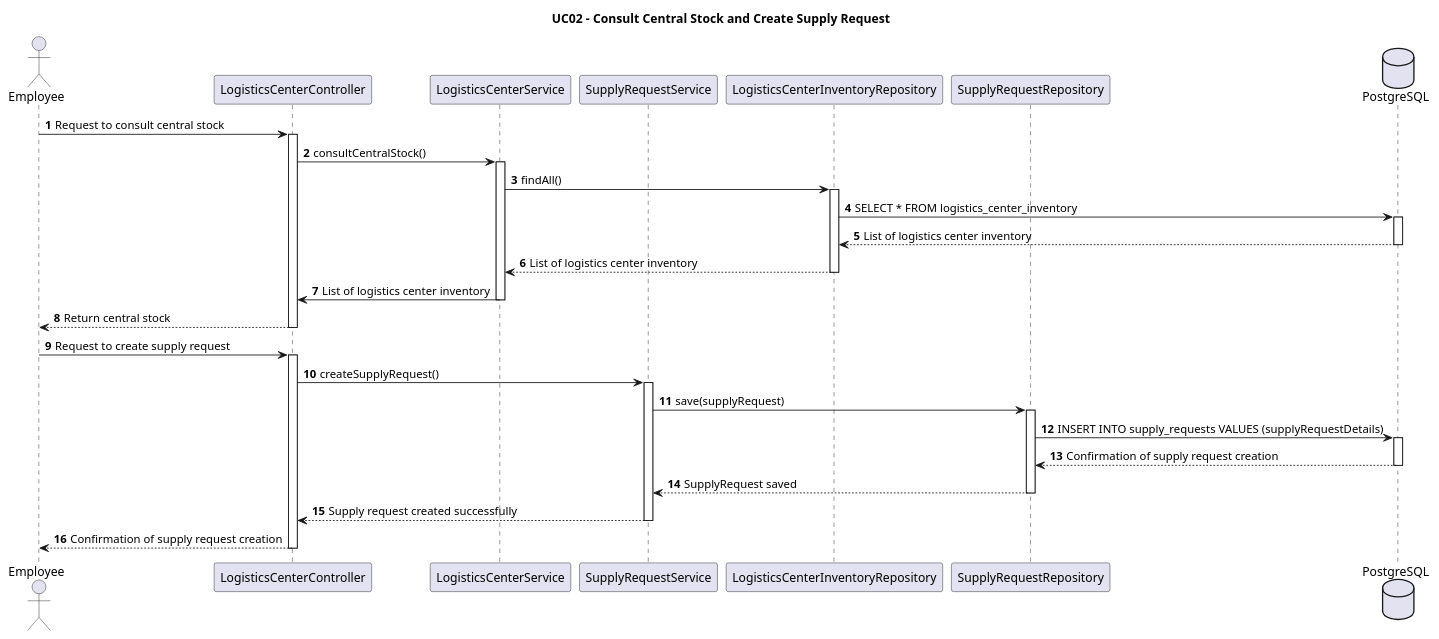
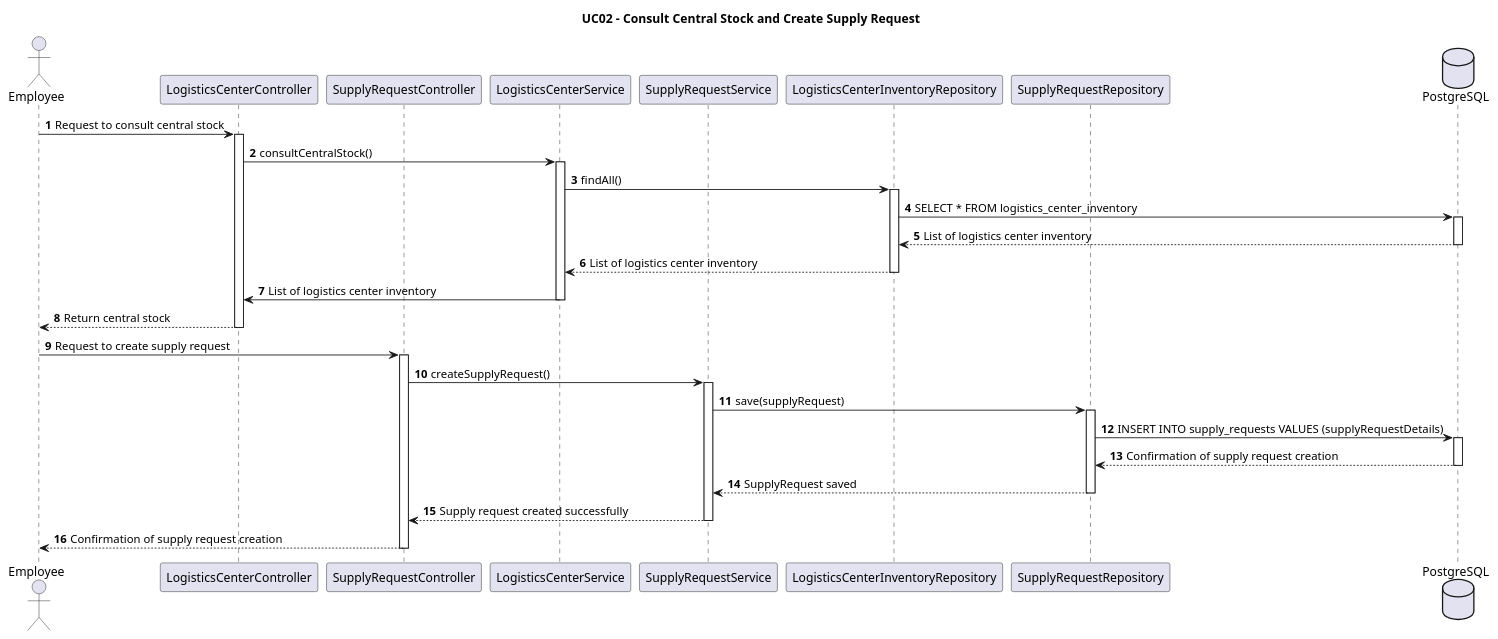
One commit to CharlesRa7/LOG430-Labs changed the diagram in docs/uml/sequence-diagrams/UC2.puml. Above: the diagram before and after it, drawn with PlantUML. The commit also changed 13 other files, not shown here.

```diff
--- a/docs/uml/sequence-diagrams/UC2.puml
+++ b/docs/uml/sequence-diagrams/UC2.puml
@@ -1,46 +1,47 @@
 @startuml
 title UC02 - Consult Central Stock and Create Supply Request
 autonumber
 
 actor Employee as e
 participant "LogisticsCenterController" as lcc
+participant "SupplyRequestController" as src
 participant "LogisticsCenterService" as lcs
 participant "SupplyRequestService" as srs
 participant "LogisticsCenterInventoryRepository" as lcr
 participant "SupplyRequestRepository" as sr
 database "PostgreSQL" as db
 
 e -> lcc: Request to consult central stock
 activate lcc
 lcc -> lcs: consultCentralStock()
 activate lcs
 lcs -> lcr: findAll()
 activate lcr
 lcr -> db: SELECT * FROM logistics_center_inventory
 activate db
 db --> lcr: List of logistics center inventory
 deactivate db
 lcr --> lcs: List of logistics center inventory
 deactivate lcr
 lcs -> lcc: List of logistics center inventory
 deactivate lcs
 lcc --> e: Return central stock
 deactivate lcc
-e -> lcc: Request to create supply request
-activate lcc
-lcc -> srs: createSupplyRequest()
+e -> src: Request to create supply request
+activate src
+src -> srs: createSupplyRequest()
 activate srs
 srs-> sr: save(supplyRequest)
 activate sr
 sr -> db: INSERT INTO supply_requests VALUES (supplyRequestDetails)
 activate db
 db --> sr: Confirmation of supply request creation
 deactivate db
 sr --> srs: SupplyRequest saved
 deactivate sr
-srs --> lcc: Supply request created successfully
+srs --> src: Supply request created successfully
 deactivate srs
-lcc --> e: Confirmation of supply request creation
-deactivate lcc
+src --> e: Confirmation of supply request creation
+deactivate src
 
 @enduml
```
